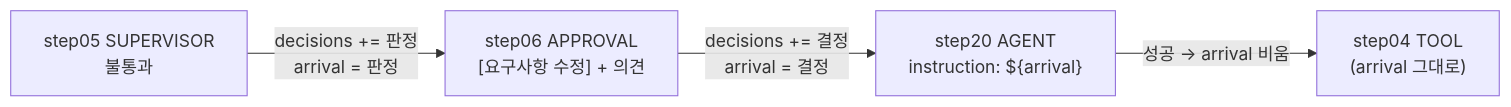
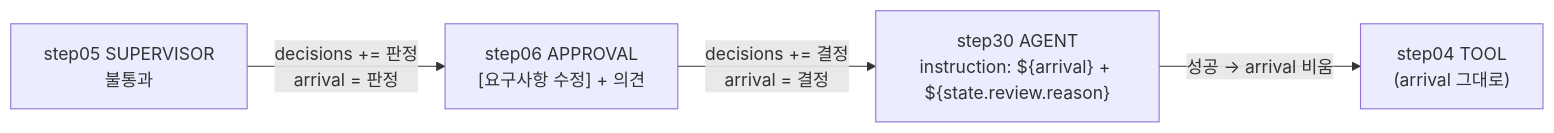
The tenth of 11 diagrams in docs/09.dstone-ai-engine.md (YongSoekChoeng/dstone), drawn with Mermaid before and after one commit. The commit also changed other lines of this file and 13 other files, not shown here.

````diff
--- a/docs/09.dstone-ai-engine.md
+++ b/docs/09.dstone-ai-engine.md
@@ -860,6 +860,6 @@
 ```mermaid
 flowchart LR
     S05["step05 SUPERVISOR<br/>불통과"] -->|"decisions += 판정<br/>arrival = 판정"| S06["step06 APPROVAL<br/>[요구사항 수정] + 의견"]
-    S06 -->|"decisions += 결정<br/>arrival = 결정"| S20["step20 AGENT<br/>instruction: ${arrival}"]
-    S20 -->|"성공 → arrival 비움"| S04["step04 TOOL<br/>(arrival 그대로)"]
+    S06 -->|"decisions += 결정<br/>arrival = 결정"| S30["step30 AGENT<br/>instruction: ${arrival} + ${state.review.reason}"]
+    S30 -->|"성공 → arrival 비움"| S04["step04 TOOL<br/>(arrival 그대로)"]
 ```
````
